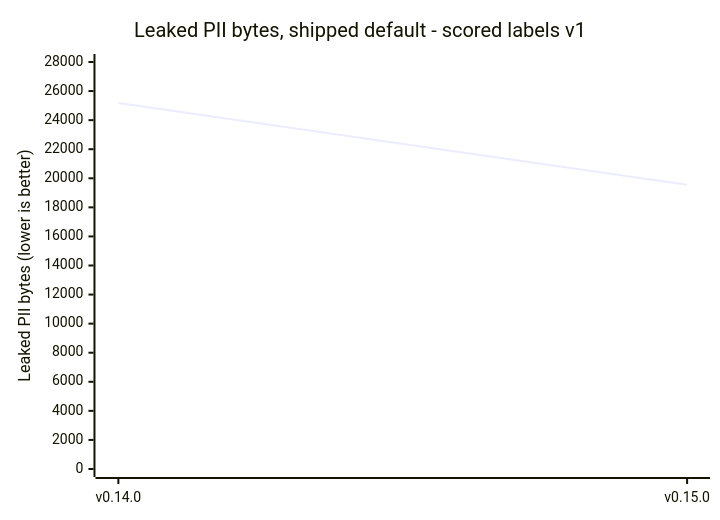
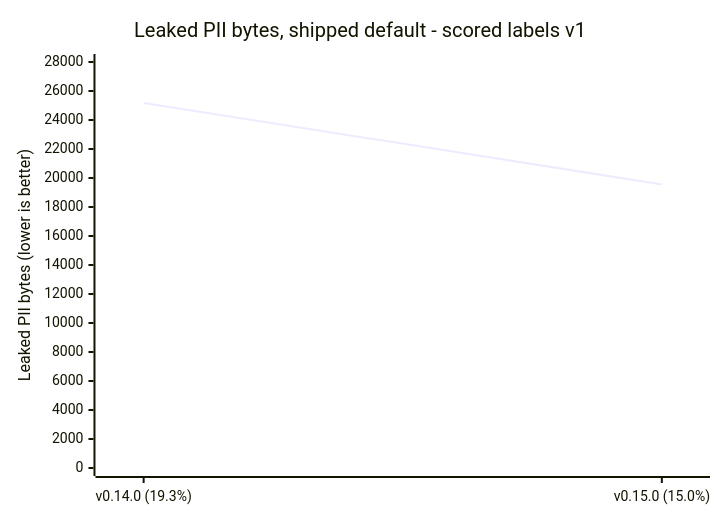
The second of 3 diagrams in docs/reference/benchmarks/README.md (CertaMesh/gaze), drawn with Mermaid before and after one commit. The commit also changed other lines of this file and 3 other files, not shown here.

First line of the commit message:
Show leak-rate percentages on the benchmark charts

````diff
--- a/docs/reference/benchmarks/README.md
+++ b/docs/reference/benchmarks/README.md
@@ -348,7 +348,7 @@
 ```mermaid
 xychart-beta
     title "Leaked PII bytes, shipped default - scored labels v1"
-    x-axis ["v0.14.0", "v0.15.0"]
+    x-axis ["v0.14.0 (19.3%)", "v0.15.0 (15.0%)"]
     y-axis "Leaked PII bytes (lower is better)" 0 --> 28000
     line [25179, 19556]
 ```
````
